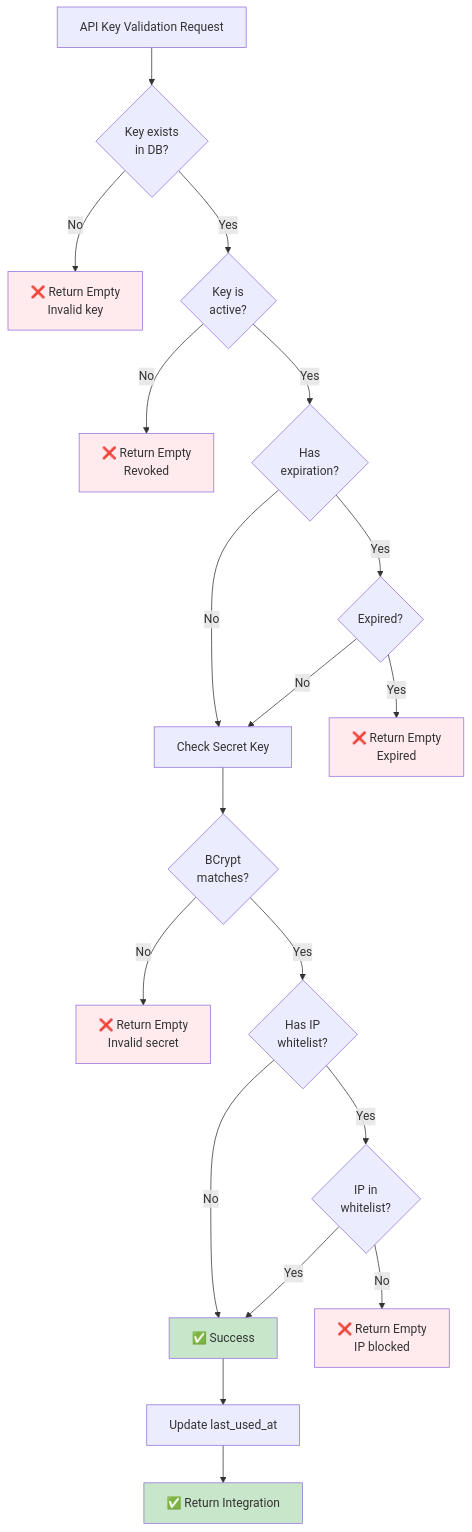
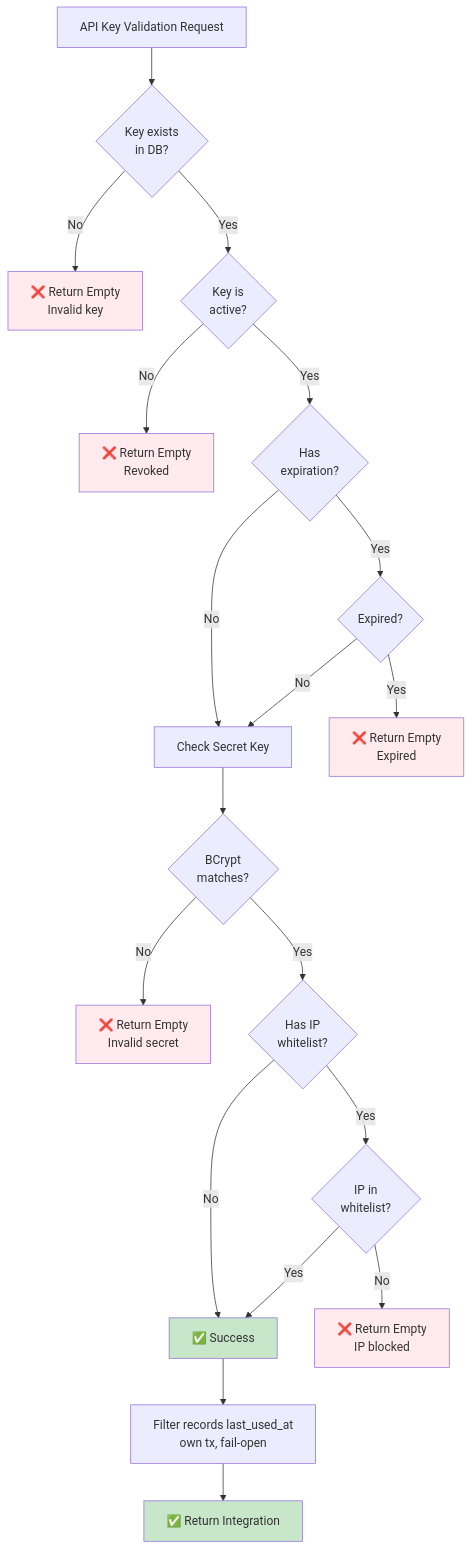
Before and after one commit to mgagp/ezkey: the seventh of 26 diagrams in docs/API_KEYS_HOW_IT_WORKS.md, drawn with Mermaid. The commit also changed other lines of this file, not shown here.

First line of the commit message:
docs(api-keys): record last_used_at as a version-free, fail-open usage hint

````diff
--- a/docs/API_KEYS_HOW_IT_WORKS.md
+++ b/docs/API_KEYS_HOW_IT_WORKS.md
@@ -266,36 +273,36 @@
 ```mermaid
 graph TD
     A[API Key Validation Request] --> B{Key exists<br/>in DB?}
     B -->|No| C[❌ Return Empty<br/>Invalid key]
     B -->|Yes| D{Key is<br/>active?}
     
     D -->|No| E[❌ Return Empty<br/>Revoked]
     D -->|Yes| F{Has<br/>expiration?}
     
     F -->|Yes| G{Expired?}
     F -->|No| H[Check Secret Key]
     
     G -->|Yes| I[❌ Return Empty<br/>Expired]
     G -->|No| H
     
     H --> J{BCrypt<br/>matches?}
     J -->|No| K[❌ Return Empty<br/>Invalid secret]
     J -->|Yes| L{Has IP<br/>whitelist?}
     
     L -->|No| M[✅ Success]
     L -->|Yes| N{IP in<br/>whitelist?}
     
     N -->|No| O[❌ Return Empty<br/>IP blocked]
     N -->|Yes| M
     
-    M --> P[Update last_used_at]
+    M --> P[Filter records last_used_at<br/>own tx, fail-open]
     P --> Q[✅ Return Integration]
     
     style C fill:#ffebee
     style E fill:#ffebee
     style I fill:#ffebee
     style K fill:#ffebee
     style O fill:#ffebee
     style M fill:#c8e6c9
     style Q fill:#c8e6c9
 ```
````
